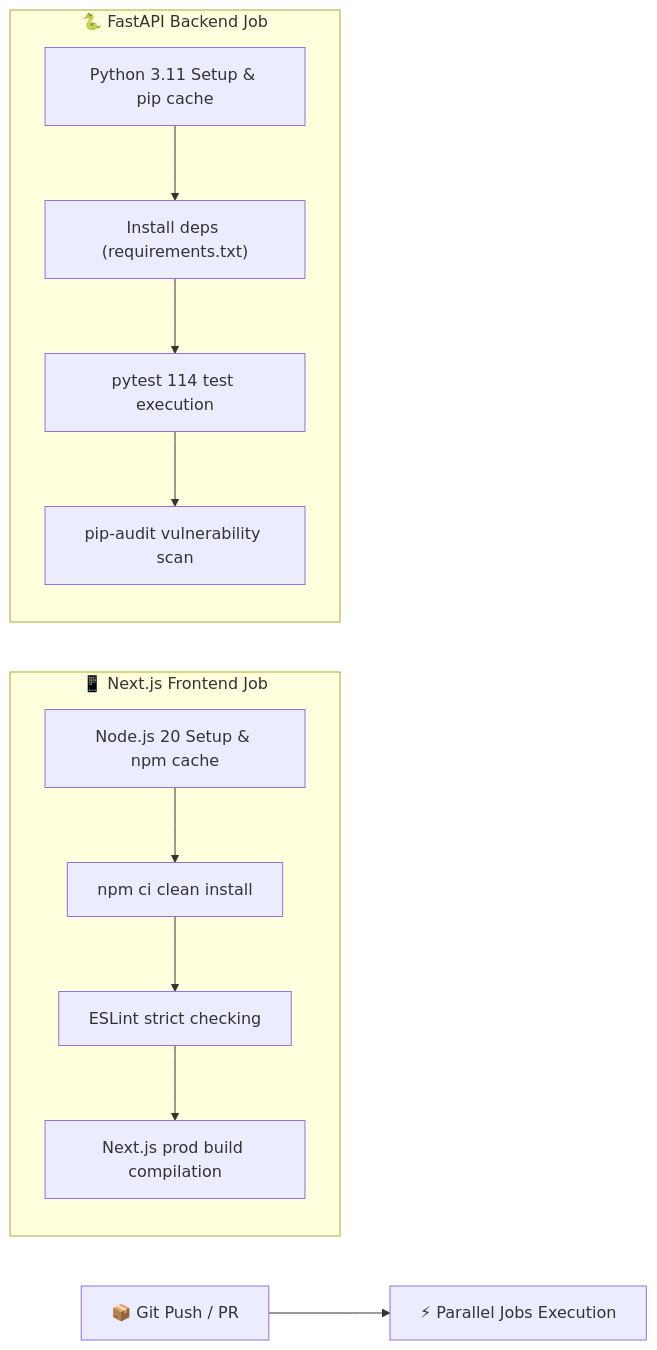
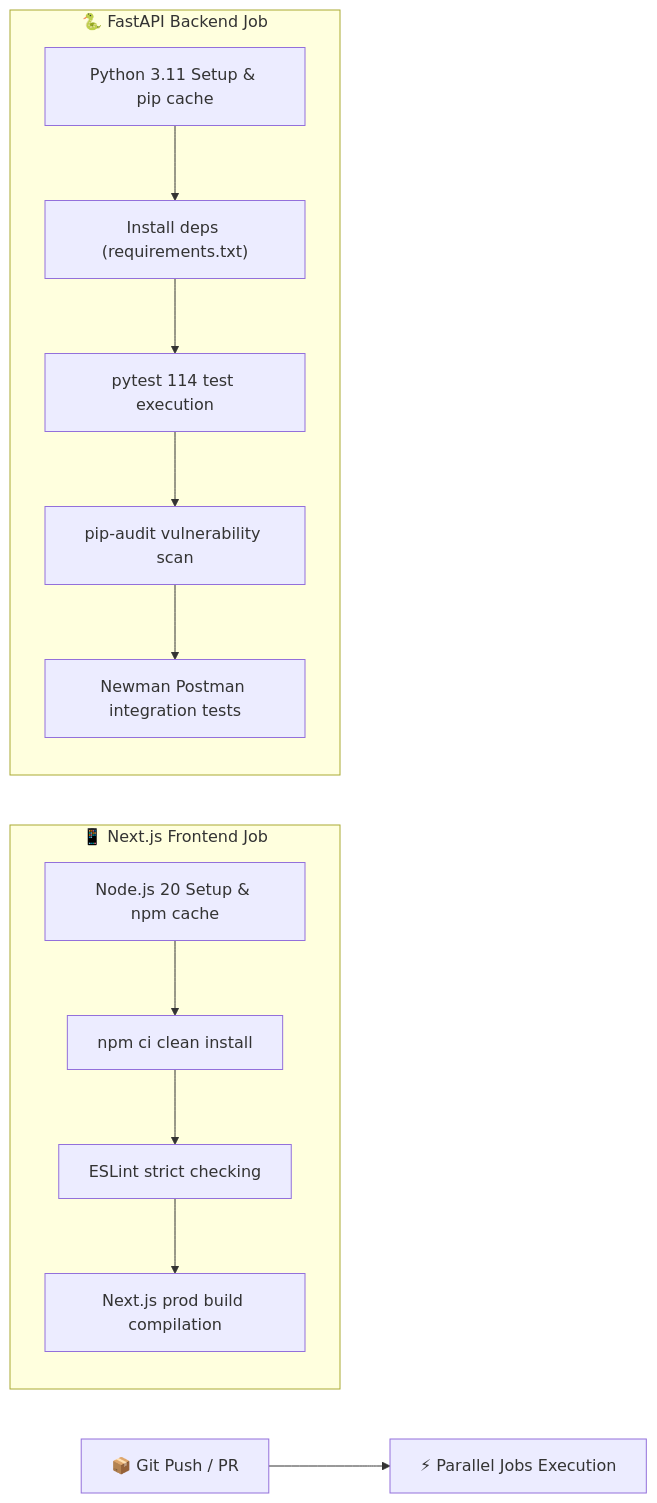
Before and after one commit to Anil-Pradhan-web/ai-career-mentor: the third of 4 diagrams in README.md, drawn with Mermaid. The commit also changed other lines of this file, not shown here.

````diff
--- a/README.md
+++ b/README.md
@@ -288,18 +288,19 @@
 ```mermaid
 flowchart LR
     TRIGGER["📦 Git Push / PR"] --> PARALLEL["⚡ Parallel Jobs Execution"]
     
     subgraph "📱 Next.js Frontend Job"
         F1["Node.js 20 Setup & npm cache"]
         F1 --> F2["npm ci clean install"]
         F2 --> F3["ESLint strict checking"]
         F3 --> F4["Next.js prod build compilation"]
     end
     
     subgraph "🐍 FastAPI Backend Job"
         B1["Python 3.11 Setup & pip cache"]
         B1 --> B2["Install deps (requirements.txt)"]
         B2 --> B3["pytest 114 test execution"]
         B3 --> B4["pip-audit vulnerability scan"]
+        B4 --> B5["Newman Postman integration tests"]
     end
 ```
````
